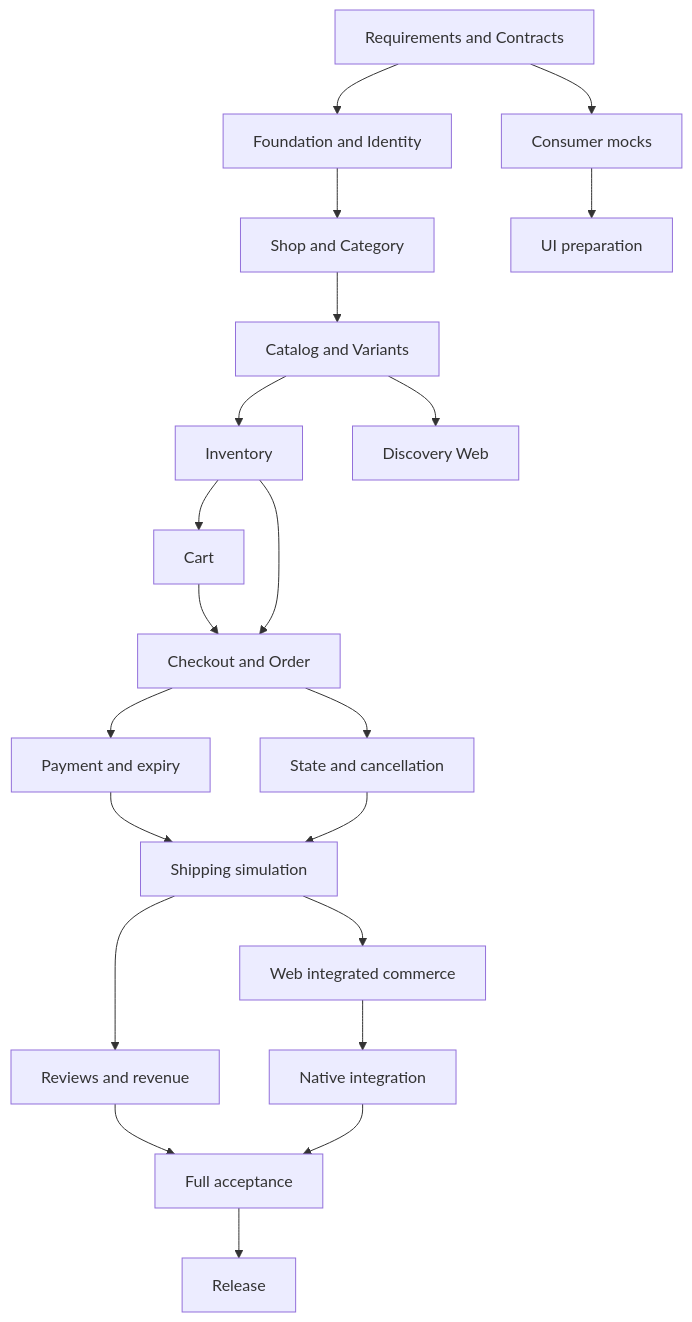
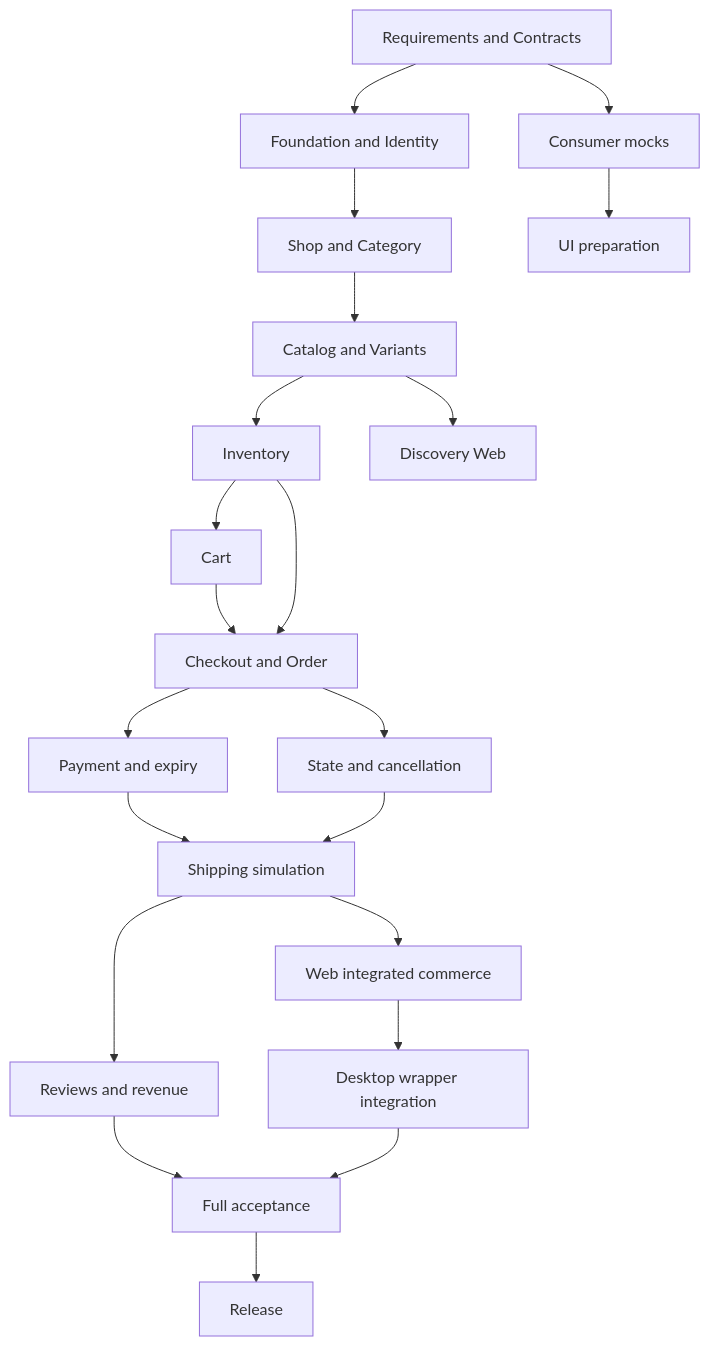
The second of 3 diagrams in specs/001-marketplace-mvp/plan.md (kietda623/do-an-cnpm), drawn with Mermaid before and after one commit. The commit also changed other lines of this file and 89 other files, not shown here.

First line of the commit message:
refactor: retire buyer mobile app in favor of web and desktop

````diff
--- a/specs/001-marketplace-mvp/plan.md
+++ b/specs/001-marketplace-mvp/plan.md
@@ -175,23 +174,23 @@
 ```mermaid
 flowchart TD
   R[Requirements and Contracts] --> F[Foundation and Identity]
   F --> S[Shop and Category]
   S --> C[Catalog and Variants]
   C --> I[Inventory]
   C --> DISC[Discovery Web]
   I --> CART[Cart]
   CART --> O[Checkout and Order]
   I --> O
   O --> P[Payment and expiry]
   O --> STATE[State and cancellation]
   P --> SH[Shipping simulation]
   STATE --> SH
   SH --> REV[Reviews and revenue]
   R --> MOCK[Consumer mocks]
   MOCK --> UI[UI preparation]
   SH --> WEB[Web integrated commerce]
-  WEB --> N[Native integration]
+  WEB --> N[Desktop wrapper integration]
   REV --> QA[Full acceptance]
   N --> QA
   QA --> REL[Release]
 ```
````
